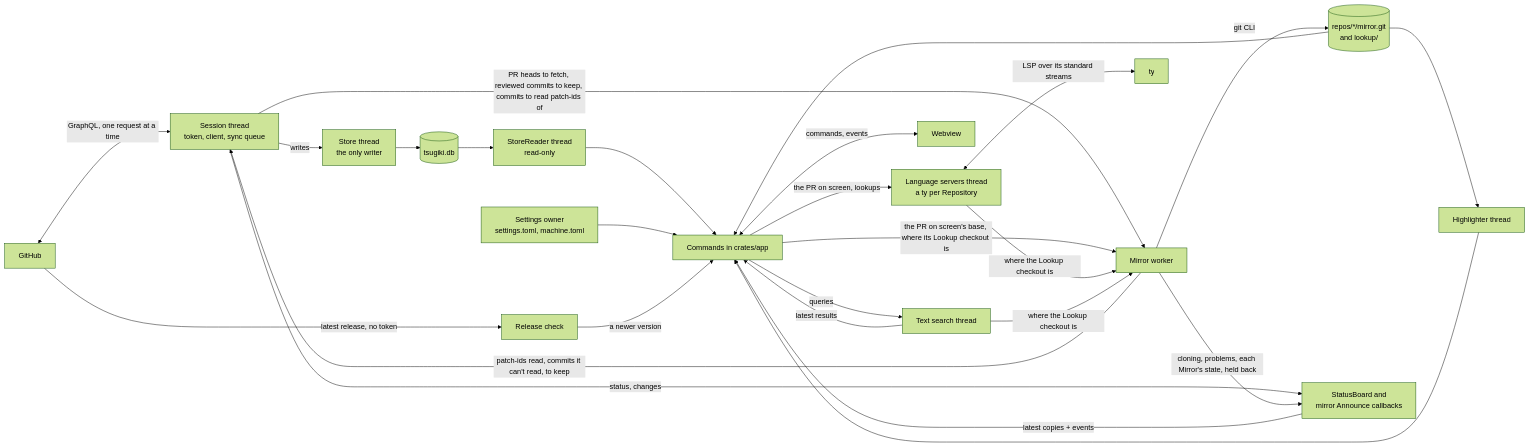
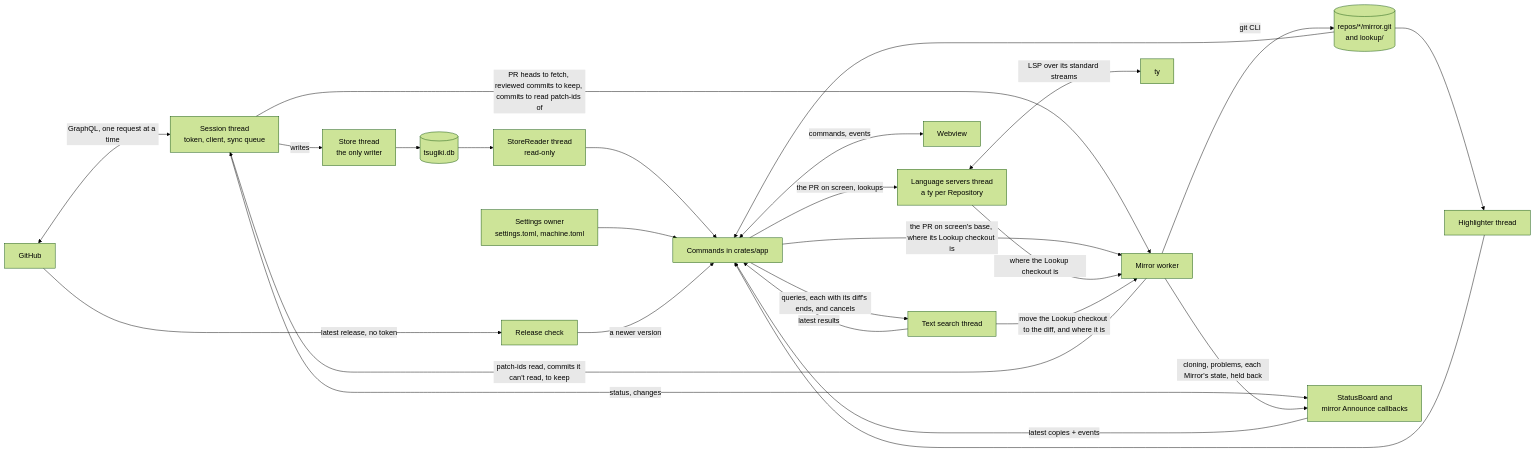
The diagram in docs/architecture.md (tsugiki/tsugiki), drawn with Mermaid (forest theme) before and after one commit. The commit also changed other lines of this file and 16 other files, not shown here.

First line of the commit message:
Name the diff's ends in each text search, and cancel what nobody wants

````diff
--- a/docs/architecture.md
+++ b/docs/architecture.md
@@ -41,28 +41,28 @@
 ```mermaid
 flowchart LR
     gh[GitHub] <-->|GraphQL, one request at a time| session
     session[Session thread<br>token, client, sync queue] -->|writes| store[Store thread<br>the only writer]
     store --> db[(tsugiki.db)]
     db --> reader[StoreReader thread<br>read-only]
     session -->|PR heads to fetch, reviewed commits to keep, commits to read patch-ids of| mirrors[Mirror worker]
     mirrors -->|patch-ids read, commits it can't read, to keep| session
     mirrors -->|git CLI| git[("repos/*/mirror.git<br>and lookup/")]
     app -->|the PR on screen's base, where its Lookup checkout is| mirrors
     session -->|status, changes| board[StatusBoard and<br>mirror Announce callbacks]
     mirrors -->|cloning, problems, each Mirror's state, held back| board
     board -->|latest copies + events| app[Commands in crates/app]
     reader --> app
     git --> highlighter[Highlighter thread]
     git --> app
     highlighter --> app
     settings[Settings owner<br>settings.toml, machine.toml] --> app
     app -->|the PR on screen, lookups| definitions[Language servers thread<br>a ty per Repository]
     definitions -->|where the Lookup checkout is| mirrors
     definitions <-->|LSP over its standard streams| ty[ty]
-    app -->|queries| search[Text search thread]
-    search -->|where the Lookup checkout is| mirrors
+    app -->|queries, each with its diff's ends, and cancels| search[Text search thread]
+    search -->|move the Lookup checkout to the diff, and where it is| mirrors
     search -->|latest results| app
     gh -->|latest release, no token| releases[Release check]
     releases -->|a newer version| app
     app <-->|commands, events| ui[Webview]
 ```
````
